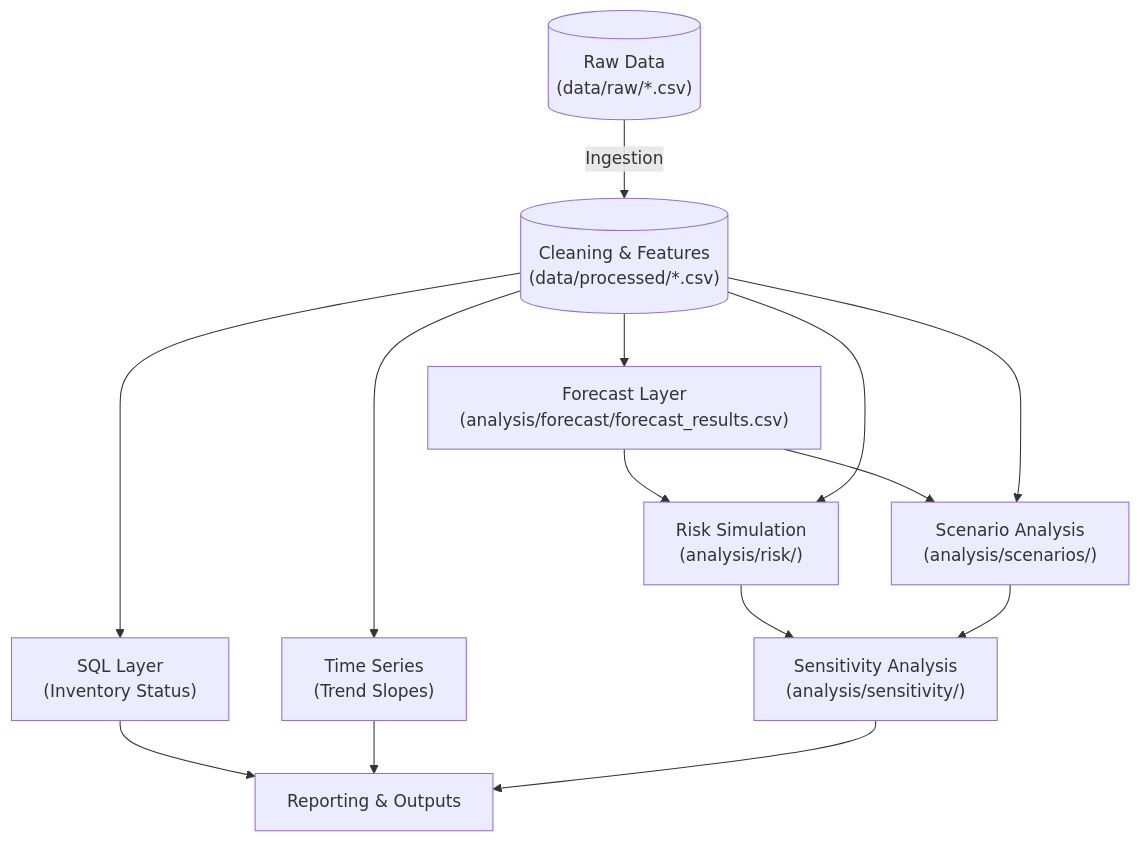
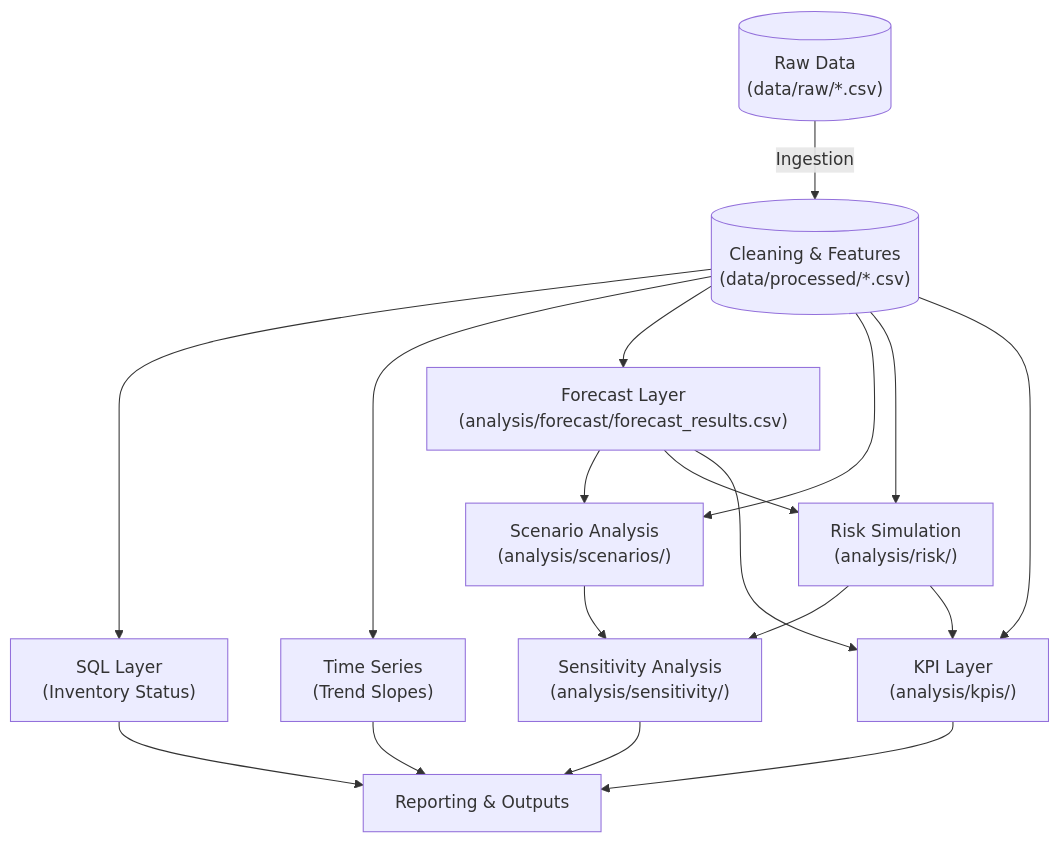
Before and after one commit to MarwanSaad20/DATA_ANALYSIS: the diagram in dss_sales_inventory/README.md, drawn with Mermaid. The commit also changed other lines of this file and 11 other files, not shown here.

Commit message:
Week 9: Added KPI Layer (Execution Overview, KPI stats, Decision Flags, Top Products, QA checklist)

````diff
--- a/dss_sales_inventory/README.md
+++ b/dss_sales_inventory/README.md
@@ -124,39 +129,46 @@
 ```mermaid
 graph TD
     %% Nodes
     RAW[("Raw Data<br/>(data/raw/*.csv)")]
     CLEAN[("Cleaning & Features<br/>(data/processed/*.csv)")]
     
     SQL["SQL Layer<br/>(Inventory Status)"]
     TS["Time Series<br/>(Trend Slopes)"]
     FC["Forecast Layer<br/>(analysis/forecast/forecast_results.csv)"]
     
     SCEN["Scenario Analysis<br/>(analysis/scenarios/)"]
     RISK["Risk Simulation<br/>(analysis/risk/)"]
     SENS["Sensitivity Analysis<br/>(analysis/sensitivity/)"]
+    KPI["KPI Layer<br/>(analysis/kpis/)"]
     
     REPORT["Reporting & Outputs"]
 
     %% Flow
     RAW --> |Ingestion| CLEAN
     CLEAN --> SQL
     CLEAN --> TS
     CLEAN --> FC
     
     %% Dependencies
     FC --> SCEN
     CLEAN --> SCEN
     
     FC --> RISK
     CLEAN --> RISK
     
-    %% Sensitivity Dependencies
+    %% Advanced Analysis
     RISK --> SENS
     SCEN --> SENS
+    
+    %% KPI Integration
+    CLEAN --> KPI
+    FC --> KPI
+    RISK --> KPI
     
     %% Reporting
     SQL --> REPORT
     TS --> REPORT
     SENS --> REPORT
+    KPI --> REPORT
 
 ```
````
